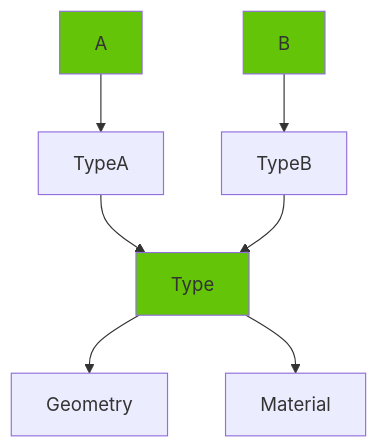
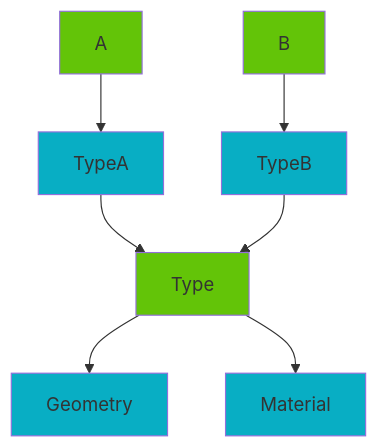
The second of 3 diagrams in README.md (tomvandig/eccg), drawn with Mermaid before and after one commit. The commit also changed other lines of this file, not shown here.

````diff
--- a/README.md
+++ b/README.md
@@ -46,15 +49,20 @@
 ```mermaid
 graph TD;
     A-->TypeA;
     B-->TypeB;
 
     TypeA-->Type
     TypeB-->Type
 
     Type-->Geometry;
     Type-->Material;
     
     style A fill:#63c408
     style B fill:#63c408
     style Type fill:#63c408
+
+    style TypeA fill:#08aec4
+    style TypeB fill:#08aec4
+    style Geometry fill:#08aec4
+    style Material fill:#08aec4
 ```
````
